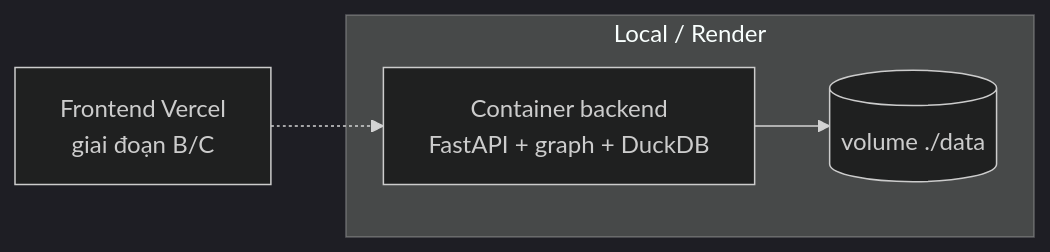
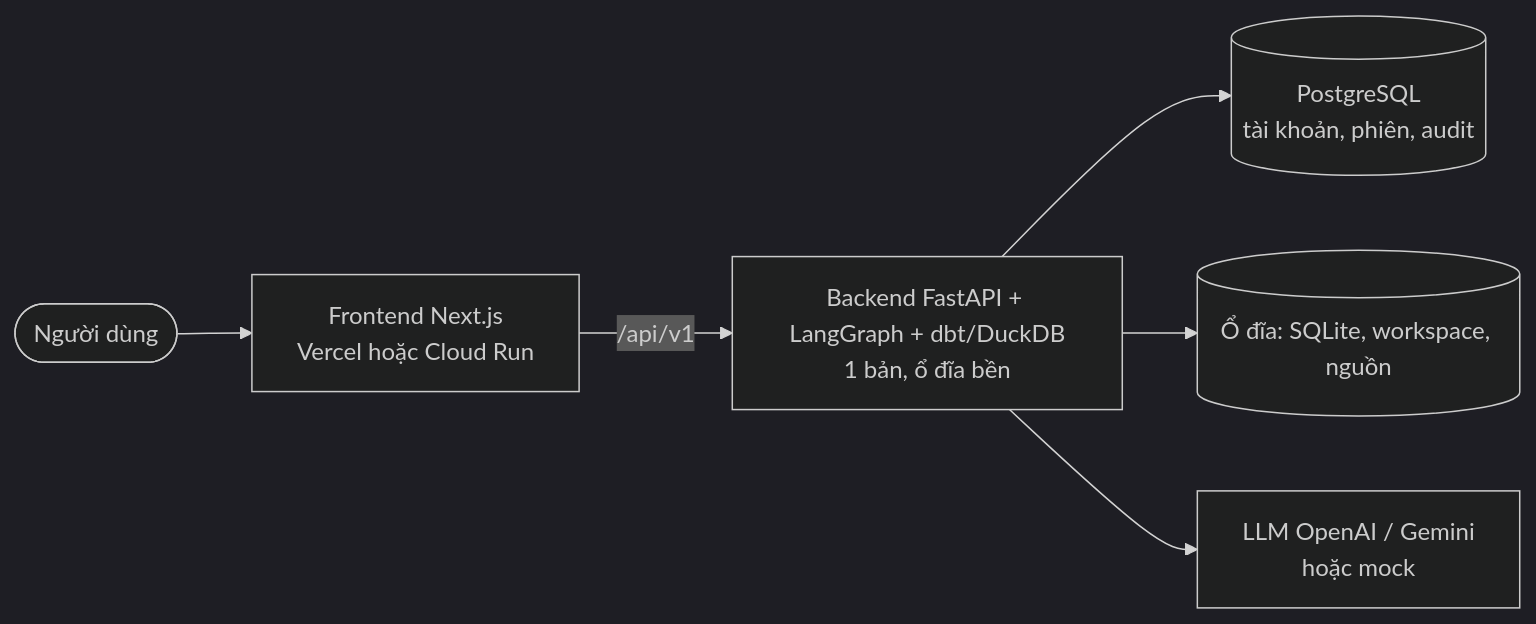
One commit to TrungTuyenDo02/AI_Agent_Pipeline_ETL-ELT changed the diagram in ARCHITECTURE.md. Above: the diagram before and after it, drawn with Mermaid (dark theme). The commit also changed other lines of this file and 9 other files, not shown here.

````diff
--- a/ARCHITECTURE.md
+++ b/ARCHITECTURE.md
@@ -71,9 +82,8 @@
 ```mermaid
 graph LR
-    subgraph Local / Render
-        BE[Container backend<br/>FastAPI + graph + DuckDB]
-        V[(volume ./data)]
-    end
-    FE[Frontend Vercel<br/>giai đoạn B/C] -.-> BE
-    BE --> V
+    U([Người dùng]) --> FE[Frontend Next.js<br/>Vercel hoặc Cloud Run]
+    FE -->|/api/v1| BE[Backend FastAPI + LangGraph + dbt/DuckDB<br/>1 bản, ổ đĩa bền]
+    BE --> PG[(PostgreSQL<br/>tài khoản, phiên, audit)]
+    BE --> V[(Ổ đĩa: SQLite, workspace, nguồn)]
+    BE --> L[LLM OpenAI / Gemini<br/>hoặc mock]
 ```
````
